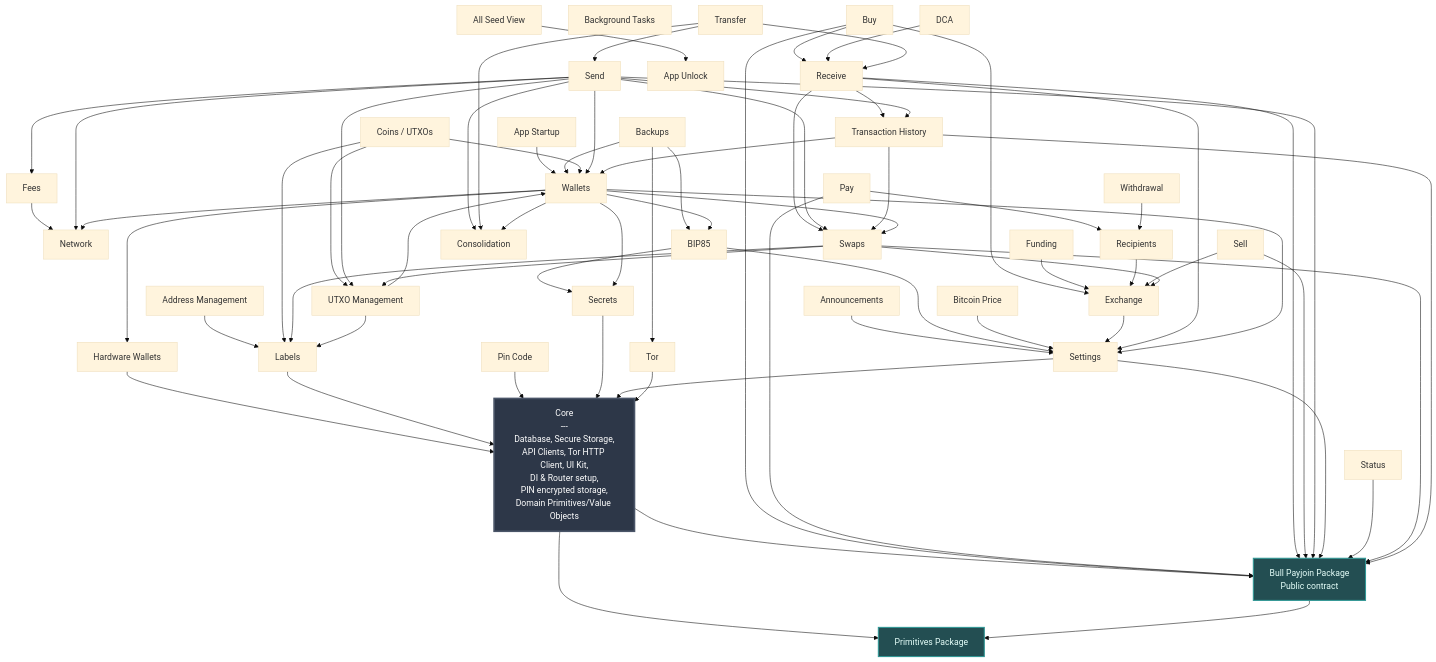
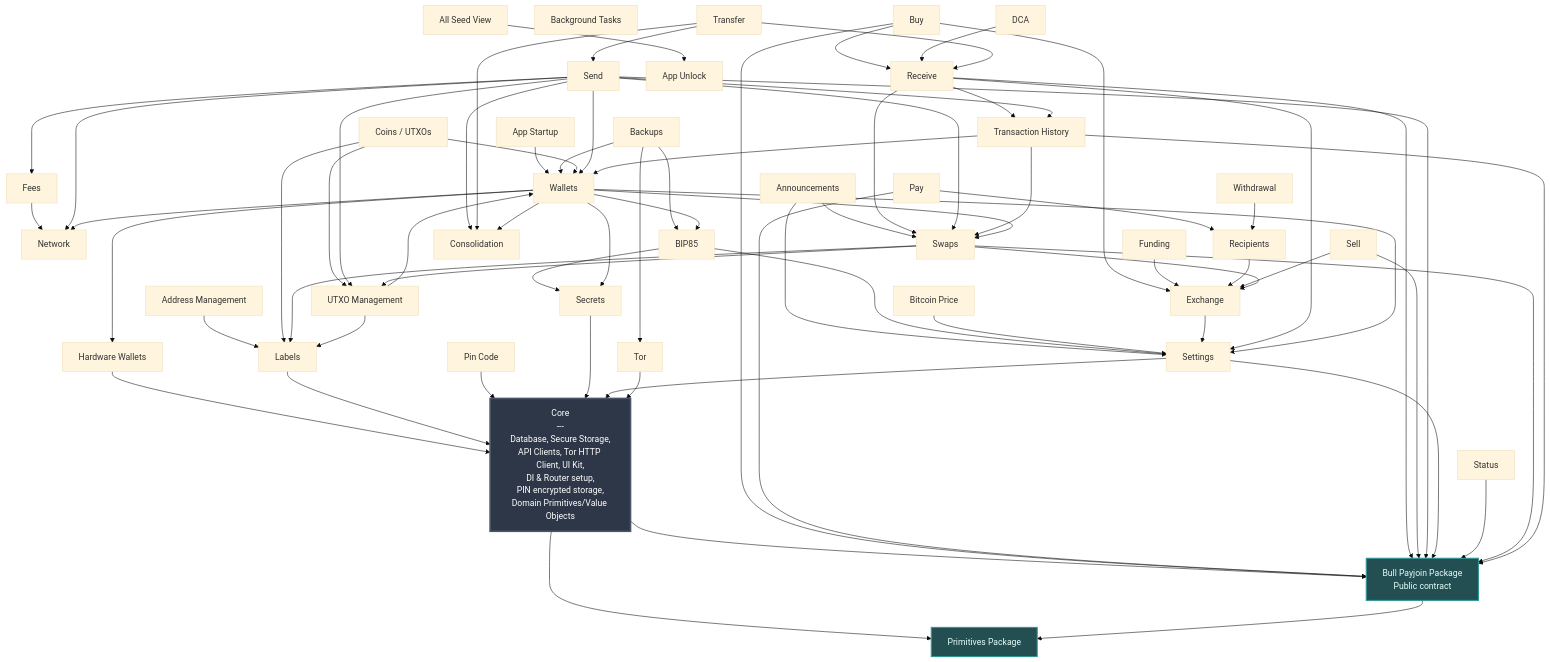
One commit to SatoshiPortal/bullbitcoin-mobile changed the diagram in FEATURES.md. Above: the diagram before and after it, drawn with Mermaid (base theme). The commit also changed 55 other files, not shown here.

```diff
--- a/FEATURES.md
+++ b/FEATURES.md
@@ -62,6 +62,7 @@
     ADDRESS_MGMT --> LABELS
     ALL_SEED_VIEW --> APP_UNLOCK
     ANNOUNCEMENTS --> SETTINGS
+    ANNOUNCEMENTS --> SWAPS
     APP_STARTUP --> WALLETS
     BIP85 --> SECRETS
     BIP85 --> SETTINGS
```
